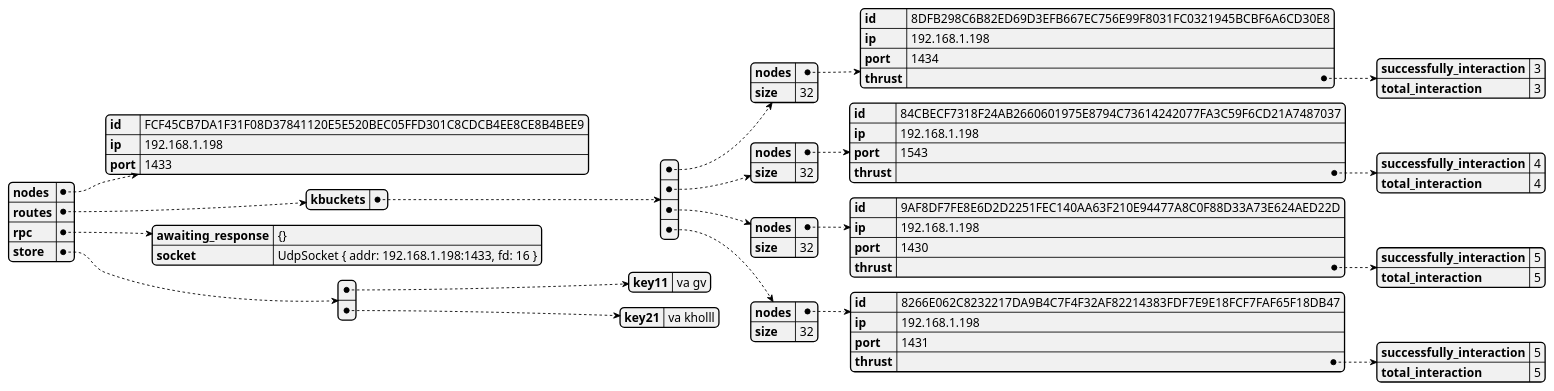
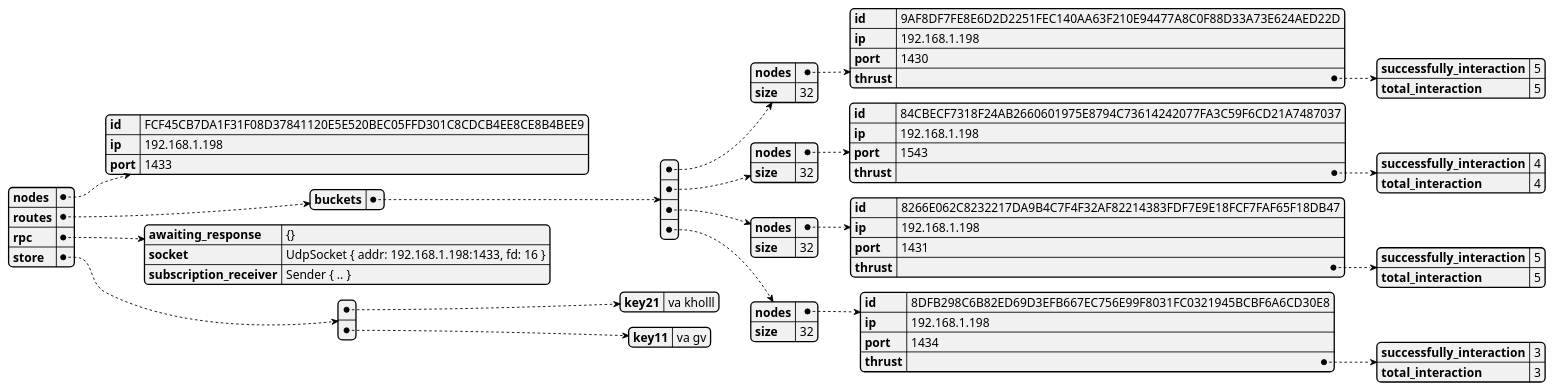
Before and after one commit to GoliathHagar/distributed_legder_kademlia: the diagram in src/distributed_legder/state_dumps/test-contact-3.json.plantuml, drawn with PlantUML. The commit also changed 27 other files, not shown here.

```diff
--- a/src/distributed_legder/state_dumps/test-contact-3.json.plantuml
+++ b/src/distributed_legder/state_dumps/test-contact-3.json.plantuml
@@ -1,3 +1,3 @@
 @startjson
-{"nodes":{"id":"FCF45CB7DA1F31F08D37841120E5E520BEC05FFD301C8CDCB4EE8CE8B4BEE9","ip":"192.168.1.198","port":1433},"routes":{"kbuckets":[{"nodes":{"id":"8DFB298C6B82ED69D3EFB667EC756E99F8031FC0321945BCBF6A6CD30E8","ip":"192.168.1.198","port":1434,"thrust":{"successfully_interaction":3,"total_interaction":3}},"size":32},{"nodes":{"id":"84CBECF7318F24AB2660601975E8794C73614242077FA3C59F6CD21A7487037","ip":"192.168.1.198","port":1543,"thrust":{"successfully_interaction":4,"total_interaction":4}},"size":32},{"nodes":{"id":"9AF8DF7FE8E6D2D2251FEC140AA63F210E94477A8C0F88D33A73E624AED22D","ip":"192.168.1.198","port":1430,"thrust":{"successfully_interaction":5,"total_interaction":5}},"size":32},{"nodes":{"id":"8266E062C8232217DA9B4C7F4F32AF82214383FDF7E9E18FCF7FAF65F18DB47","ip":"192.168.1.198","port":1431,"thrust":{"successfully_interaction":5,"total_interaction":5}},"size":32}]},"rpc":{"awaiting_response":"{}","socket":"UdpSocket { addr: 192.168.1.198:1433, fd: 16 }"},"store":[{"key11":"va gv"},{"key21":"va kholll"}]}
+{"nodes":{"id":"FCF45CB7DA1F31F08D37841120E5E520BEC05FFD301C8CDCB4EE8CE8B4BEE9","ip":"192.168.1.198","port":1433},"routes":{"buckets":[{"nodes":{"id":"9AF8DF7FE8E6D2D2251FEC140AA63F210E94477A8C0F88D33A73E624AED22D","ip":"192.168.1.198","port":1430,"thrust":{"successfully_interaction":5,"total_interaction":5}},"size":32},{"nodes":{"id":"84CBECF7318F24AB2660601975E8794C73614242077FA3C59F6CD21A7487037","ip":"192.168.1.198","port":1543,"thrust":{"successfully_interaction":4,"total_interaction":4}},"size":32},{"nodes":{"id":"8266E062C8232217DA9B4C7F4F32AF82214383FDF7E9E18FCF7FAF65F18DB47","ip":"192.168.1.198","port":1431,"thrust":{"successfully_interaction":5,"total_interaction":5}},"size":32},{"nodes":{"id":"8DFB298C6B82ED69D3EFB667EC756E99F8031FC0321945BCBF6A6CD30E8","ip":"192.168.1.198","port":1434,"thrust":{"successfully_interaction":3,"total_interaction":3}},"size":32}]},"rpc":{"awaiting_response":"{}","socket":"UdpSocket { addr: 192.168.1.198:1433, fd: 16 }","subscription_receiver":"Sender { .. }"},"store":[{"key21":"va kholll"},{"key11":"va gv"}]}
 @endjson
```
